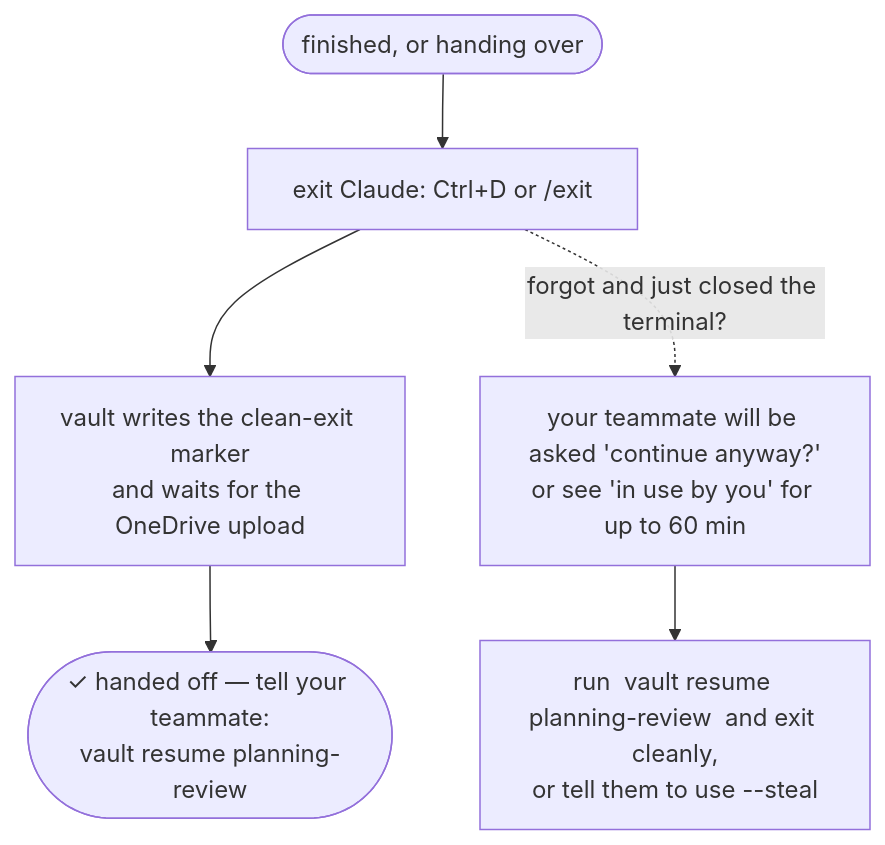
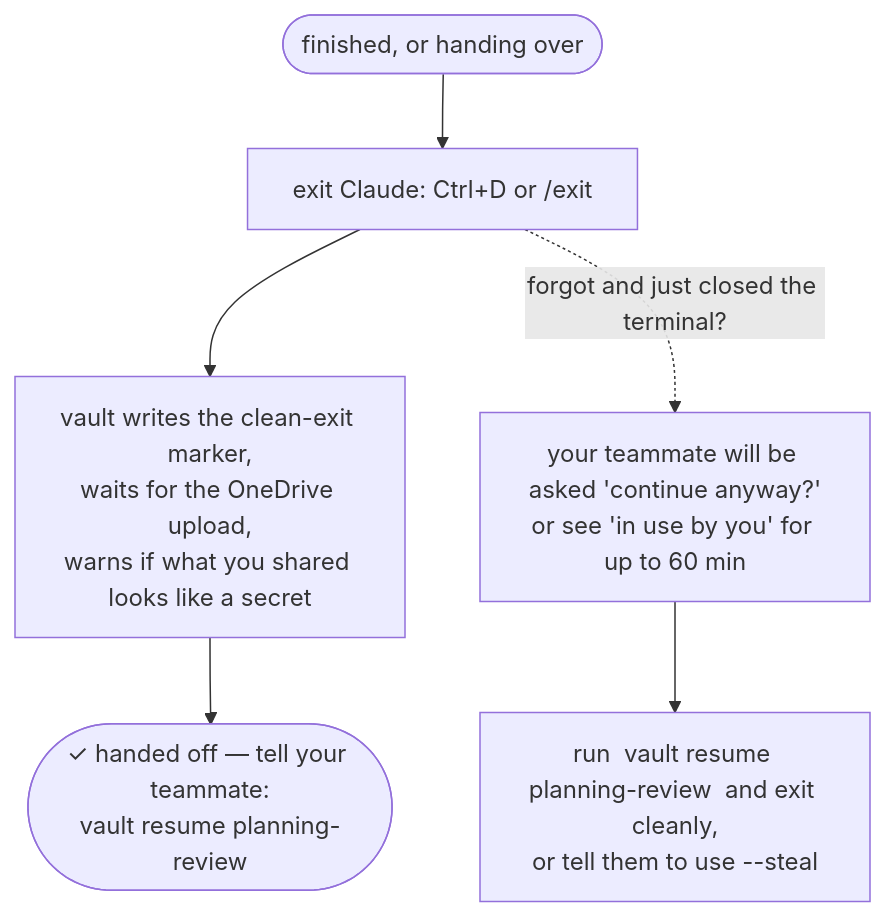
One commit to shashb27/vault changed the fourth of 6 diagrams in README.md. Above: the diagram before and after it, drawn with Mermaid. The commit also changed other lines of this file and 33 other files, not shown here.

````diff
--- a/README.md
+++ b/README.md
@@ -133,8 +146,8 @@
 ```mermaid
 flowchart TD
     A(["finished, or handing over"]) --> B["exit Claude: Ctrl+D or /exit"]
-    B --> C["vault writes the clean-exit marker<br/>and waits for the OneDrive upload"]
+    B --> C["vault writes the clean-exit marker,<br/>waits for the OneDrive upload,<br/>warns if what you shared looks like a secret"]
     C --> D(["✓ handed off — tell your teammate:<br/>vault resume planning-review"])
     B -. "forgot and just closed the terminal?" .-> E["your teammate will be asked 'continue anyway?'<br/>or see 'in use by you' for up to 60 min"]
     E --> F["run  vault resume planning-review  and exit cleanly,<br/>or tell them to use --steal"]
 ```
````
